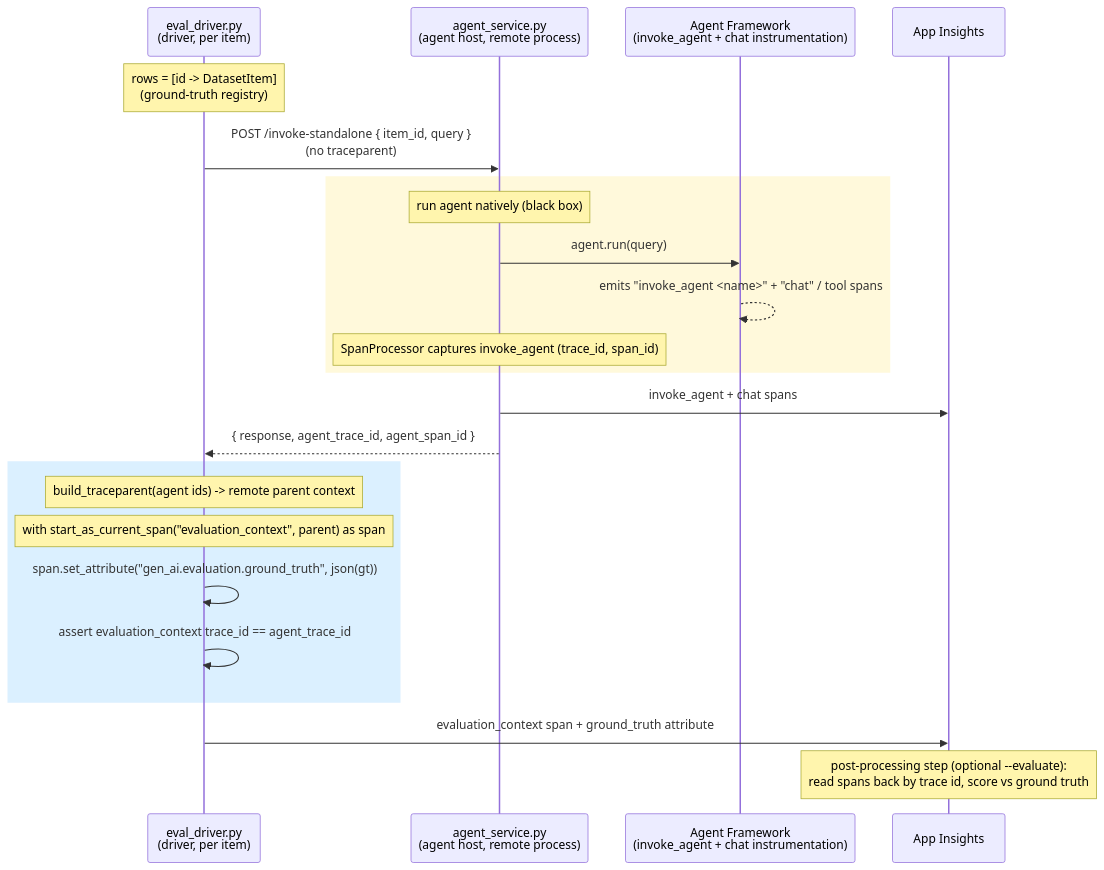
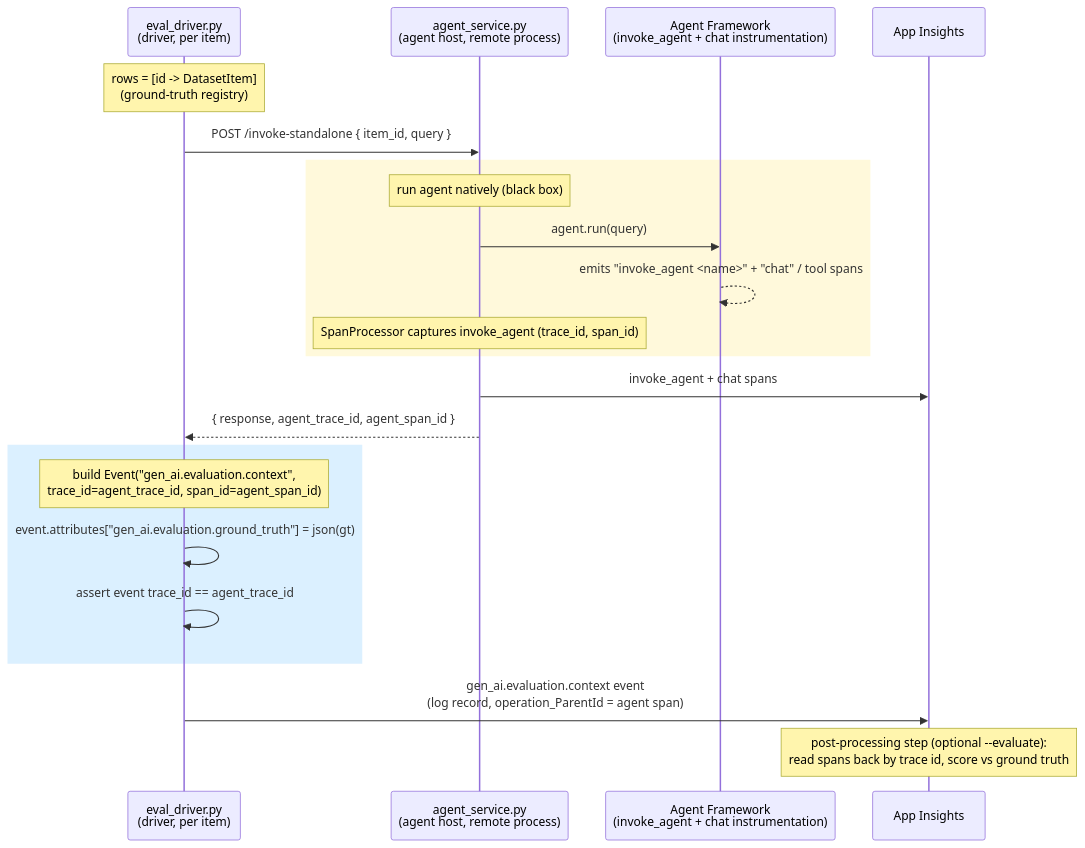
One commit to kseager/cross-process-eval-context-poc changed the diagram in README.md. Above: the diagram before and after it, drawn with Mermaid. The commit also changed other lines of this file and 1 other file, not shown here.

First line of the commit message:
Rename ground-truth event gen_ai.evaluation.result -> gen_ai.evaluation.context

````diff
--- a/README.md
+++ b/README.md
@@ -143,30 +147,29 @@
 ```mermaid
 sequenceDiagram
     participant ED as eval_driver.py<br/>(driver, per item)
     participant AS as agent_service.py<br/>(agent host, remote process)
     participant AF as Agent Framework<br/>(invoke_agent + chat instrumentation)
     participant AI as App Insights
 
     Note over ED: rows = [id -> DatasetItem]<br/>(ground-truth registry)
 
-    ED->>AS: POST /invoke-standalone { item_id, query }<br/>(no traceparent)
+    ED->>AS: POST /invoke-standalone { item_id, query }
 
     rect rgb(255, 249, 219)
     Note over AS: run agent natively (black box)
     AS->>AF: agent.run(query)
     AF-->>AF: emits "invoke_agent <name>" + "chat" / tool spans
     Note over AS: SpanProcessor captures invoke_agent (trace_id, span_id)
     end
     AS->>AI: invoke_agent + chat spans
     AS-->>ED: { response, agent_trace_id, agent_span_id }
 
     rect rgb(219, 240, 255)
-    Note over ED: build_traceparent(agent ids) -> remote parent context
-    Note over ED: with start_as_current_span("evaluation_context", parent) as span
-    ED->>ED: span.set_attribute("gen_ai.evaluation.ground_truth", json(gt))
-    ED->>ED: assert evaluation_context trace_id == agent_trace_id
+    Note over ED: build Event("gen_ai.evaluation.context",<br/>trace_id=agent_trace_id, span_id=agent_span_id)
+    ED->>ED: event.attributes["gen_ai.evaluation.ground_truth"] = json(gt)
+    ED->>ED: assert event trace_id == agent_trace_id
     end
-    ED->>AI: evaluation_context span + ground_truth attribute
+    ED->>AI: gen_ai.evaluation.context event<br/>(log record, operation_ParentId = agent span)
 
     Note over AI: post-processing step (optional --evaluate):<br/>read spans back by trace id, score vs ground truth
 ```
````
